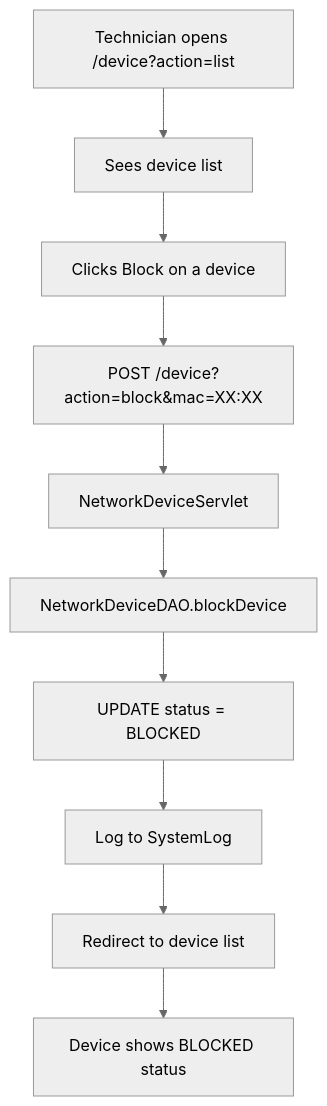
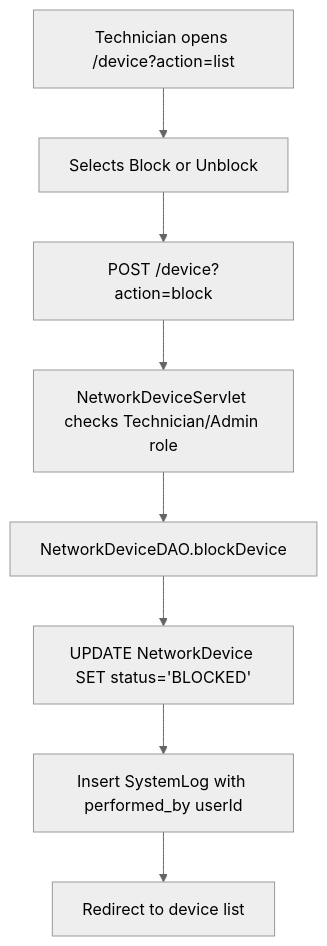
The third of 5 diagrams in PRJ301/05_feature_list.md (PhongTCT/PaymentTest), drawn with Mermaid (neutral theme) before and after one commit. The commit also changed other lines of this file and 54 other files, not shown here.

````diff
--- a/PRJ301/05_feature_list.md
+++ b/PRJ301/05_feature_list.md
@@ -128,12 +152,10 @@
 ```mermaid
 flowchart TD
-    A[Technician opens /device?action=list] --> B[Sees device list]
-    B --> C[Clicks Block on a device]
-    C --> D[POST /device?action=block&mac=XX:XX]
-    D --> E[NetworkDeviceServlet]
-    E --> F[NetworkDeviceDAO.blockDevice]
-    F --> G[UPDATE status = BLOCKED]
-    G --> H[Log to SystemLog]
-    H --> I[Redirect to device list]
-    I --> J[Device shows BLOCKED status]
+    A[Technician opens /device?action=list] --> B[Selects Block or Unblock]
+    B --> C[POST /device?action=block]
+    C --> D[NetworkDeviceServlet checks Technician/Admin role]
+    D --> E[NetworkDeviceDAO.blockDevice]
+    E --> F[UPDATE NetworkDevice SET status='BLOCKED']
+    F --> G[Insert SystemLog with performed_by userId]
+    G --> H[Redirect to device list]
 ```
````
